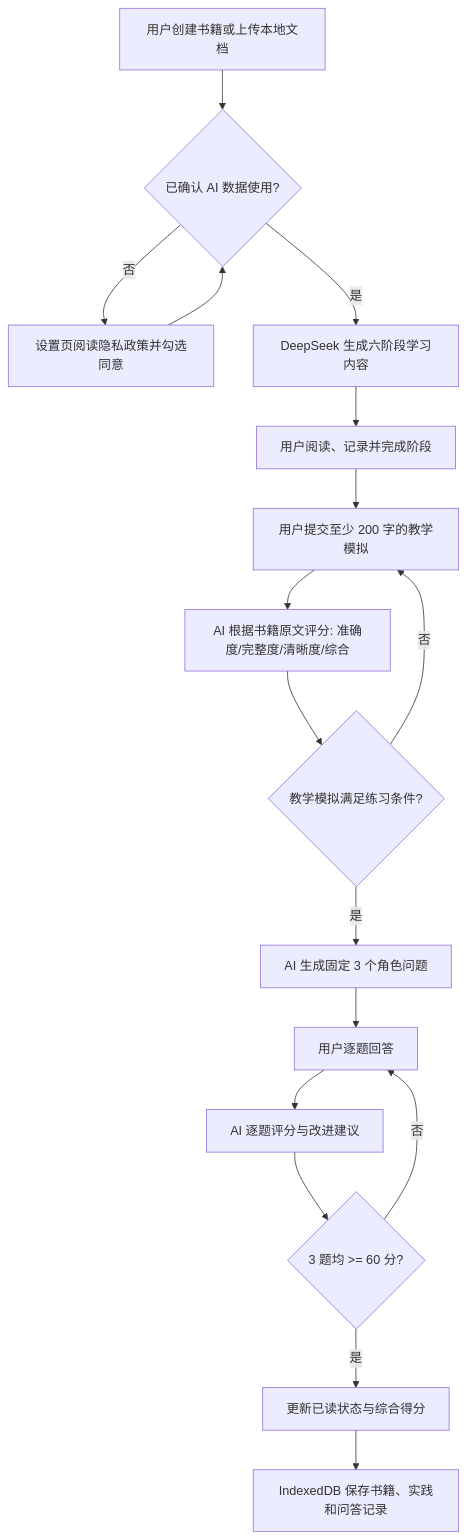
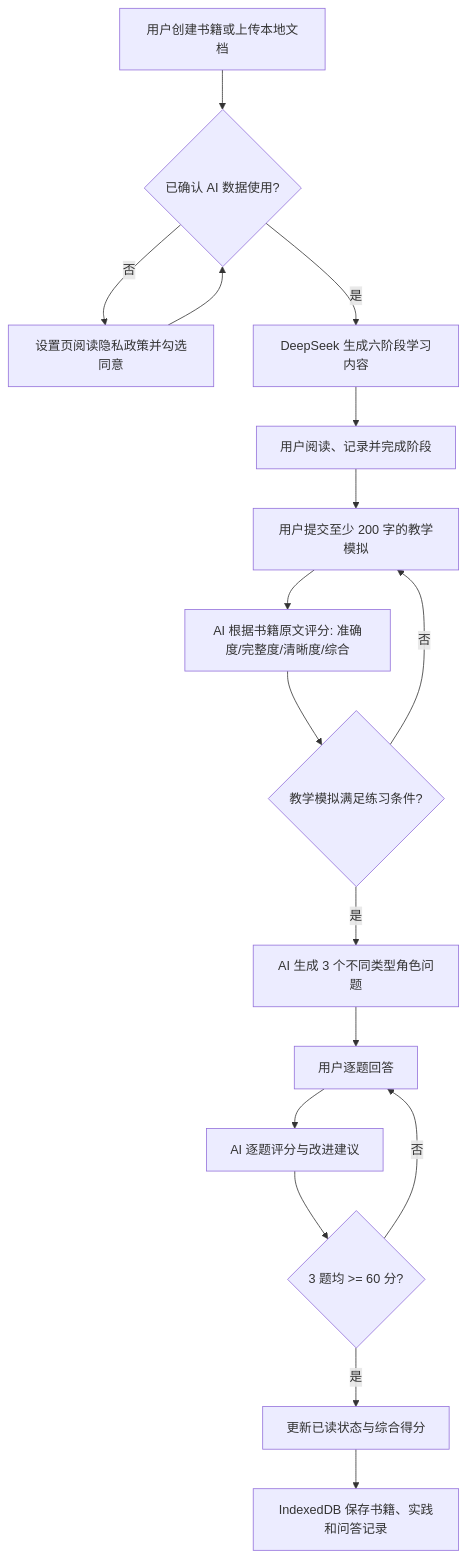
Before and after one commit to HachikoJ/Feynman-Reader: the diagram in docs/product/submission/AI_Workflow_ZH.md, drawn with Mermaid. The commit also changed 23 other files, not shown here.

Commit message:
feat: polish reading workspace and interaction flows

````diff
--- a/docs/product/submission/AI_Workflow_ZH.md
+++ b/docs/product/submission/AI_Workflow_ZH.md
@@ -5,19 +5,19 @@
 ```mermaid
 flowchart TD
   A[用户创建书籍或上传本地文档] --> B{已确认 AI 数据使用?}
   B -- 否 --> C[设置页阅读隐私政策并勾选同意]
   C --> B
   B -- 是 --> D[DeepSeek 生成六阶段学习内容]
   D --> E[用户阅读、记录并完成阶段]
   E --> F[用户提交至少 200 字的教学模拟]
   F --> G[AI 根据书籍原文评分: 准确度/完整度/清晰度/综合]
   G --> H{教学模拟满足练习条件?}
   H -- 否 --> F
-  H -- 是 --> I[AI 生成固定 3 个角色问题]
+  H -- 是 --> I[AI 生成 3 个不同类型角色问题]
   I --> J[用户逐题回答]
   J --> K[AI 逐题评分与改进建议]
   K --> L{3 题均 >= 60 分?}
   L -- 否 --> J
   L -- 是 --> M[更新已读状态与综合得分]
   M --> N[IndexedDB 保存书籍、实践和问答记录]
 ```
````
